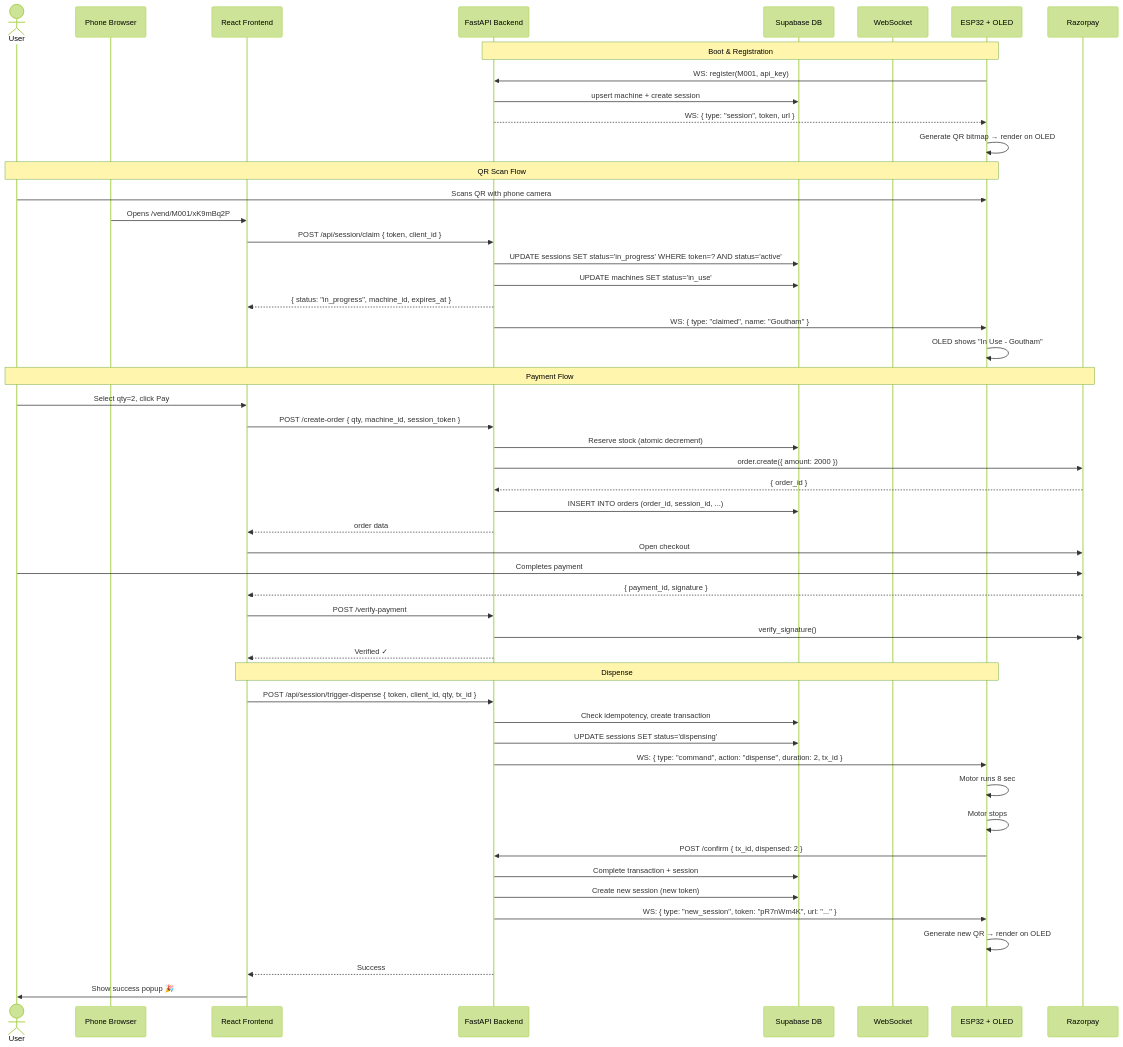
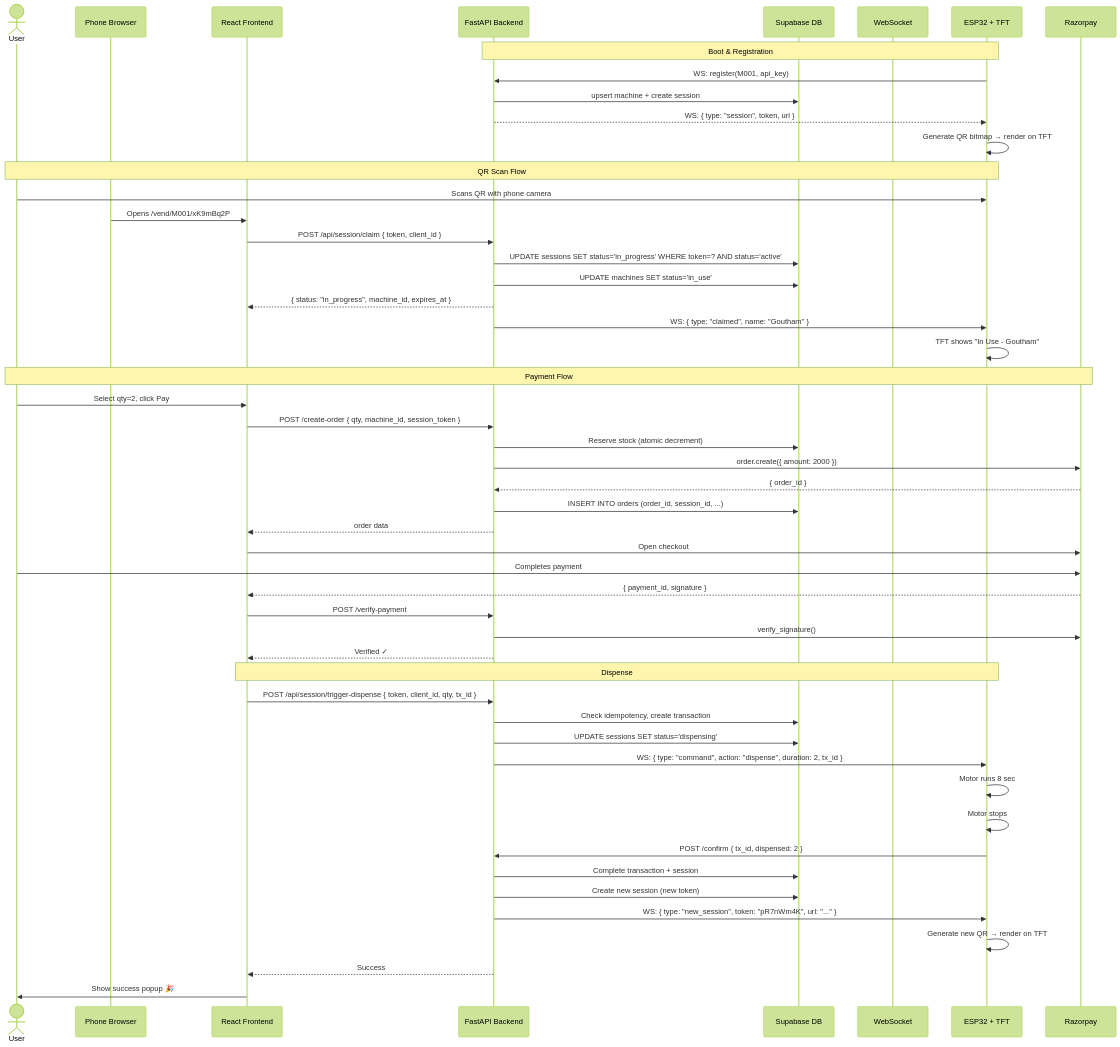
Before and after one commit to gouthamlingoju/SmartVend: the second of 2 diagrams in SYSTEM_WORKFLOW.md, drawn with Mermaid (forest theme). The commit also changed other lines of this file and 10 other files, not shown here.

Commit message:
Align TFT wiring and generate full URL QR session links

````diff
--- a/SYSTEM_WORKFLOW.md
+++ b/SYSTEM_WORKFLOW.md
@@ -812,57 +812,57 @@
 ```mermaid
 sequenceDiagram
     actor User
     participant Phone as Phone Browser
     participant FE as React Frontend
     participant API as FastAPI Backend
     participant DB as Supabase DB
     participant WS as WebSocket
-    participant ESP as ESP32 + OLED
+    participant ESP as ESP32 + TFT
     participant RP as Razorpay
 
     Note over ESP,API: Boot & Registration
     ESP->>API: WS: register(M001, api_key)
     API->>DB: upsert machine + create session
     API-->>ESP: WS: { type: "session", token, url }
-    ESP->>ESP: Generate QR bitmap → render on OLED
+    ESP->>ESP: Generate QR bitmap → render on TFT
 
     Note over User,ESP: QR Scan Flow
     User->>ESP: Scans QR with phone camera
     Phone->>FE: Opens /vend/M001/xK9mBq2P
     FE->>API: POST /api/session/claim { token, client_id }
     API->>DB: UPDATE sessions SET status='in_progress' WHERE token=? AND status='active'
     API->>DB: UPDATE machines SET status='in_use'
     API-->>FE: { status: "in_progress", machine_id, expires_at }
     API->>ESP: WS: { type: "claimed", name: "Goutham" }
-    ESP->>ESP: OLED shows "In Use - Goutham"
+    ESP->>ESP: TFT shows "In Use - Goutham"
 
     Note over User,RP: Payment Flow
     User->>FE: Select qty=2, click Pay
     FE->>API: POST /create-order { qty, machine_id, session_token }
     API->>DB: Reserve stock (atomic decrement)
     API->>RP: order.create({ amount: 2000 })
     RP-->>API: { order_id }
     API->>DB: INSERT INTO orders (order_id, session_id, ...)
     API-->>FE: order data
     FE->>RP: Open checkout
     User->>RP: Completes payment
     RP-->>FE: { payment_id, signature }
     FE->>API: POST /verify-payment
     API->>RP: verify_signature()
     API-->>FE: Verified ✓
 
     Note over FE,ESP: Dispense
     FE->>API: POST /api/session/trigger-dispense { token, client_id, qty, tx_id }
     API->>DB: Check idempotency, create transaction
     API->>DB: UPDATE sessions SET status='dispensing'
     API->>ESP: WS: { type: "command", action: "dispense", duration: 2, tx_id }
     ESP->>ESP: Motor runs 8 sec
     ESP->>ESP: Motor stops
     ESP->>API: POST /confirm { tx_id, dispensed: 2 }
     API->>DB: Complete transaction + session
     API->>DB: Create new session (new token)
     API->>ESP: WS: { type: "new_session", token: "pR7nWm4K", url: "..." }
-    ESP->>ESP: Generate new QR → render on OLED
+    ESP->>ESP: Generate new QR → render on TFT
     API-->>FE: Success
     FE->>User: Show success popup 🎉
 ```
````
